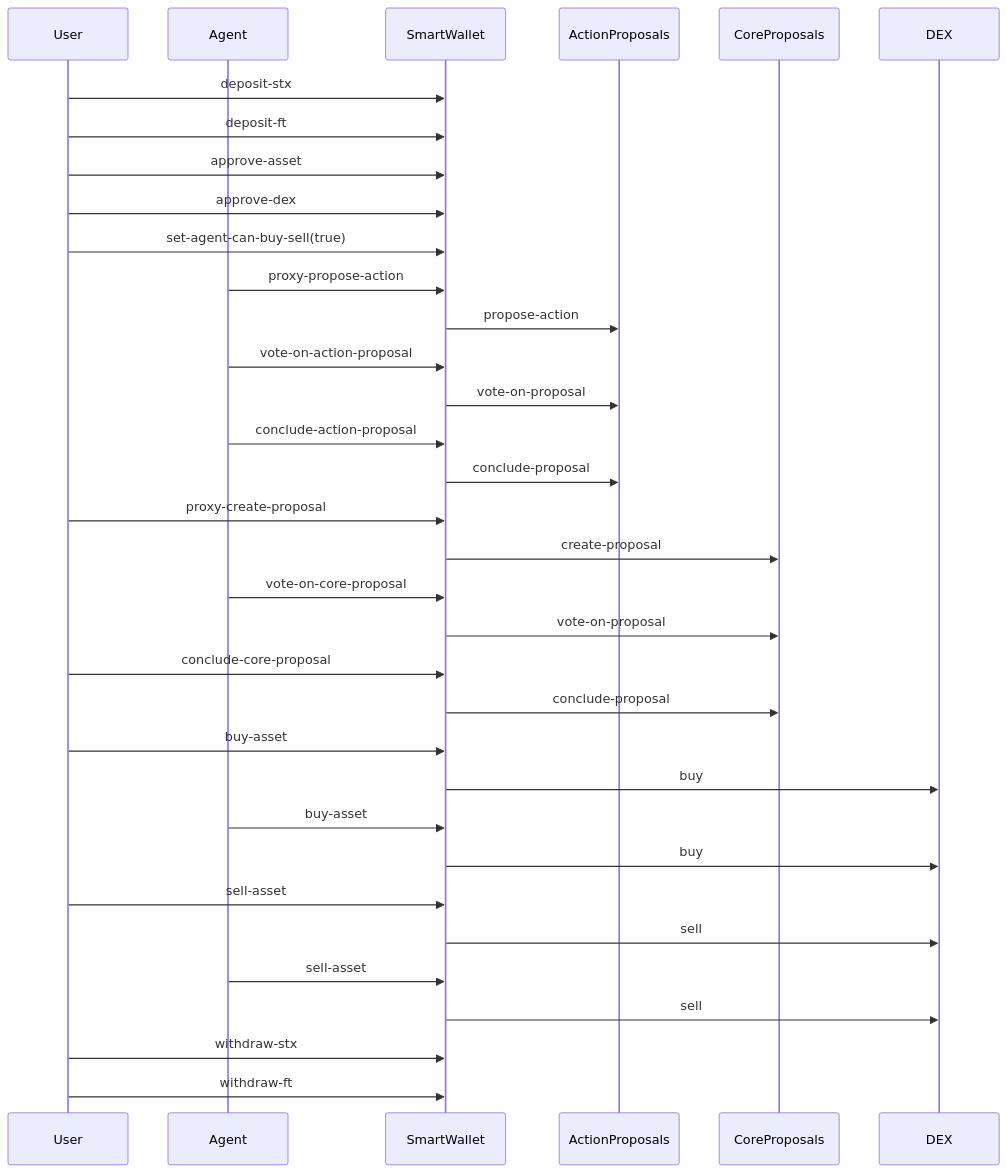
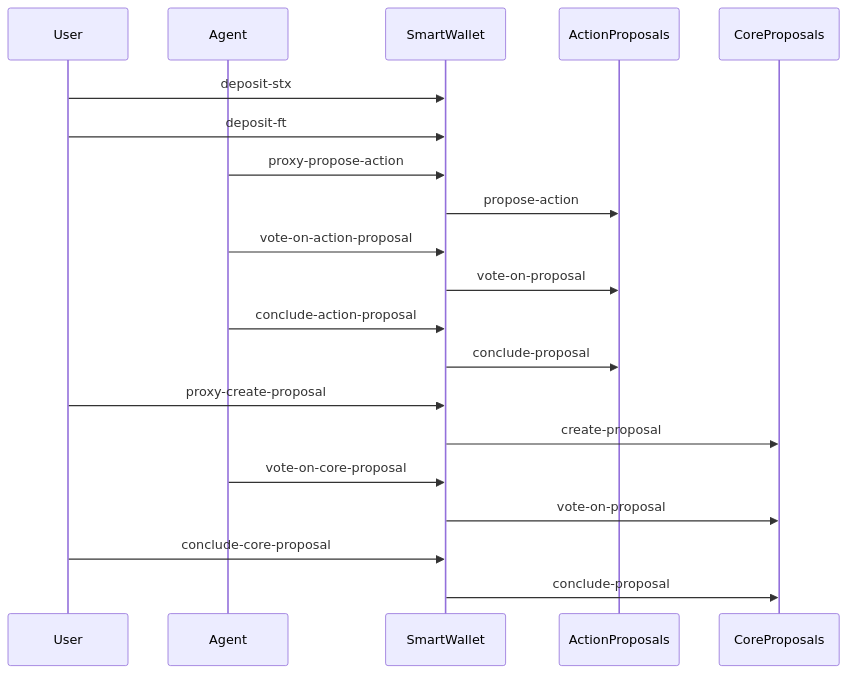
One commit to aibtcdev/aibtcdev-docs changed the first of 2 diagrams in aibtc-contracts/smart-wallet/README.md. Above: the diagram before and after it, drawn with Mermaid.

Commit message:
docs: Separate interaction flows for DAO proposals and DEX trading

````diff
--- a/aibtc-contracts/smart-wallet/README.md
+++ b/aibtc-contracts/smart-wallet/README.md
@@ -155,48 +157,29 @@
 ```mermaid
 sequenceDiagram
     participant User
     participant Agent
     participant SmartWallet
     participant ActionProposals
     participant CoreProposals
-    participant DEX
     
     User->>SmartWallet: deposit-stx
     User->>SmartWallet: deposit-ft
-    User->>SmartWallet: approve-asset
-    User->>SmartWallet: approve-dex
-    User->>SmartWallet: set-agent-can-buy-sell(true)
     
     Agent->>SmartWallet: proxy-propose-action
     SmartWallet->>ActionProposals: propose-action
     
     Agent->>SmartWallet: vote-on-action-proposal
     SmartWallet->>ActionProposals: vote-on-proposal
     
     Agent->>SmartWallet: conclude-action-proposal
     SmartWallet->>ActionProposals: conclude-proposal
     
     User->>SmartWallet: proxy-create-proposal
     SmartWallet->>CoreProposals: create-proposal
     
     Agent->>SmartWallet: vote-on-core-proposal
     SmartWallet->>CoreProposals: vote-on-proposal
     
     User->>SmartWallet: conclude-core-proposal
     SmartWallet->>CoreProposals: conclude-proposal
-    
-    User->>SmartWallet: buy-asset
-    SmartWallet->>DEX: buy
-    
-    Agent->>SmartWallet: buy-asset
-    SmartWallet->>DEX: buy
-    
-    User->>SmartWallet: sell-asset
-    SmartWallet->>DEX: sell
-    
-    Agent->>SmartWallet: sell-asset
-    SmartWallet->>DEX: sell
-    
-    User->>SmartWallet: withdraw-stx
-    User->>SmartWallet: withdraw-ft
 ```
````
